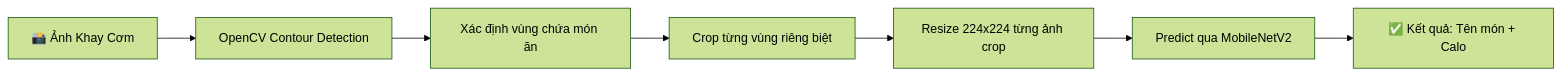
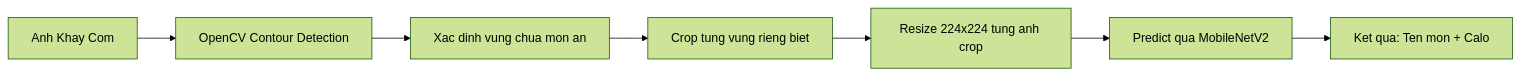
Before and after one commit to DevOpsLogistics/FoodVision-Ai: the fifth of 11 diagrams in README.md, drawn with Mermaid (forest theme). The commit also changed other lines of this file, not shown here.

Commit message:
Docs: Remove all emojis, add 4 new CNN architecture diagrams and 2 new charts

````diff
--- a/README.md
+++ b/README.md
@@ -239,9 +312,9 @@
 ```mermaid
 graph LR
-    A[📸 Ảnh Khay Cơm] --> B[OpenCV Contour Detection]
-    B --> C[Xác định vùng chứa món ăn]
-    C --> D[Crop từng vùng riêng biệt]
-    D --> E[Resize 224x224 từng ảnh crop]
-    E --> F[Predict qua MobileNetV2]
-    F --> G["✅ Kết quả: Tên món + Calo"]
+    A["Anh Khay Com"] --> B["OpenCV Contour Detection"]
+    B --> C["Xac dinh vung chua mon an"]
+    C --> D["Crop tung vung rieng biet"]
+    D --> E["Resize 224x224 tung anh crop"]
+    E --> F["Predict qua MobileNetV2"]
+    F --> G["Ket qua: Ten mon + Calo"]
 ```
````
